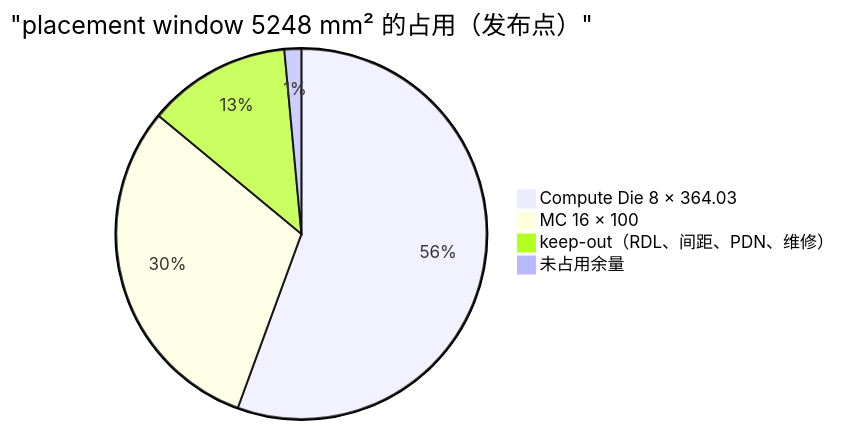
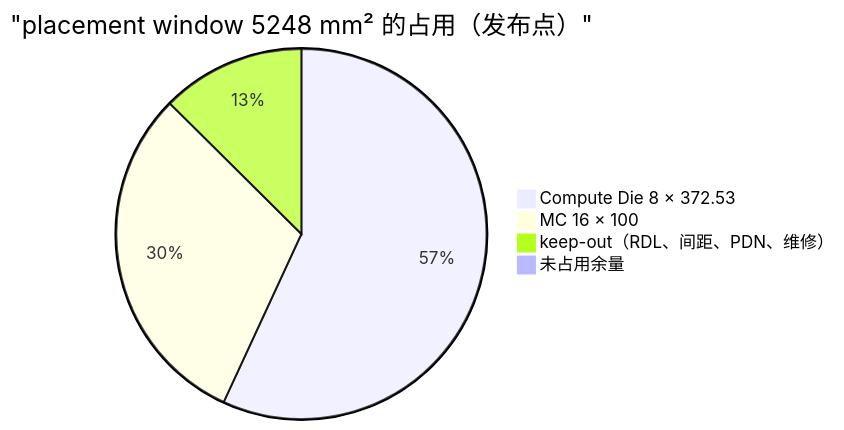
One commit to xqdan/xihu changed the first of 7 diagrams in teams/hardware/docs/09_PACKAGE_POWER_RAS.md. Above: the diagram before and after it, drawn with Mermaid. The commit also changed other lines of this file and 38 other files, not shown here.

````diff
--- a/teams/hardware/docs/09_PACKAGE_POWER_RAS.md
+++ b/teams/hardware/docs/09_PACKAGE_POWER_RAS.md
@@ -38,7 +38,7 @@
 ```mermaid
 pie title "placement window 5248 mm² 的占用（发布点）"
-  "Compute Die 8 × 364.03" : 2922.73
+  "Compute Die 8 × 372.53" : 2980.28
   "MC 16 × 100" : 1600
   "keep-out（RDL、间距、PDN、维修）" : 658.10
-  "未占用余量" : 77.64
+  "未占用余量" : 9.62
 ```
````
